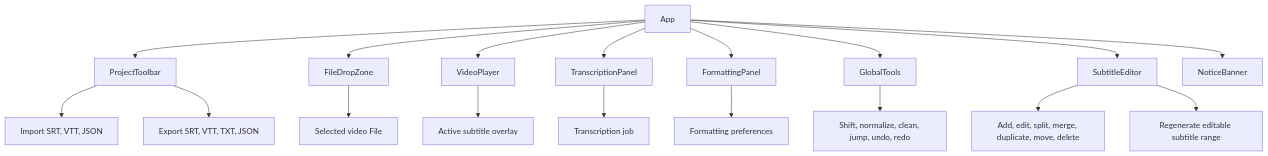
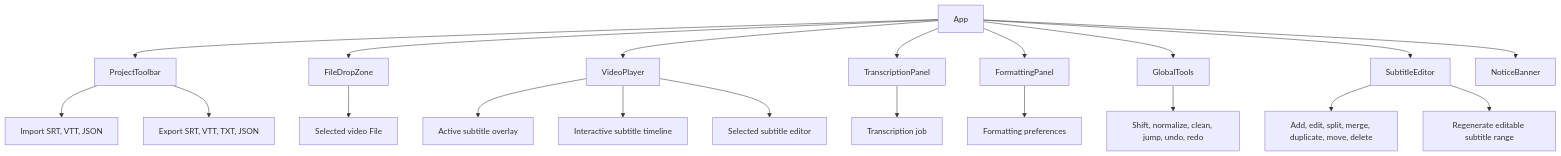
The second of 18 diagrams in docs/project-state.md (zxyandreay/auto-subtitle), drawn with Mermaid before and after one commit. The commit also changed other lines of this file and 23 other files, not shown here.

Commit message:
feat: add interactive player subtitle editing

````diff
--- a/docs/project-state.md
+++ b/docs/project-state.md
@@ -179,31 +181,33 @@
 ```mermaid
 flowchart TB
     App["App"]
     Toolbar["ProjectToolbar"]
     DropZone["FileDropZone"]
     VideoPlayer["VideoPlayer"]
     TranscriptionPanel["TranscriptionPanel"]
     FormattingPanel["FormattingPanel"]
     GlobalTools["GlobalTools"]
     SubtitleEditor["SubtitleEditor"]
     Notice["NoticeBanner"]
 
     App --> Toolbar
     App --> Notice
     App --> DropZone
     App --> VideoPlayer
     App --> TranscriptionPanel
     App --> FormattingPanel
     App --> GlobalTools
     App --> SubtitleEditor
 
     Toolbar --> Import["Import SRT, VTT, JSON"]
     Toolbar --> Export["Export SRT, VTT, TXT, JSON"]
     DropZone --> VideoFile["Selected video File"]
     VideoPlayer --> Overlay["Active subtitle overlay"]
+    VideoPlayer --> Timeline["Interactive subtitle timeline"]
+    VideoPlayer --> PlayerEditor["Selected subtitle editor"]
     TranscriptionPanel --> WorkerJob["Transcription job"]
     FormattingPanel --> Preferences["Formatting preferences"]
     GlobalTools --> BatchOps["Shift, normalize, clean, jump, undo, redo"]
     SubtitleEditor --> RowOps["Add, edit, split, merge, duplicate, move, delete"]
     SubtitleEditor --> Regenerate["Regenerate editable subtitle range"]
 ```
````
